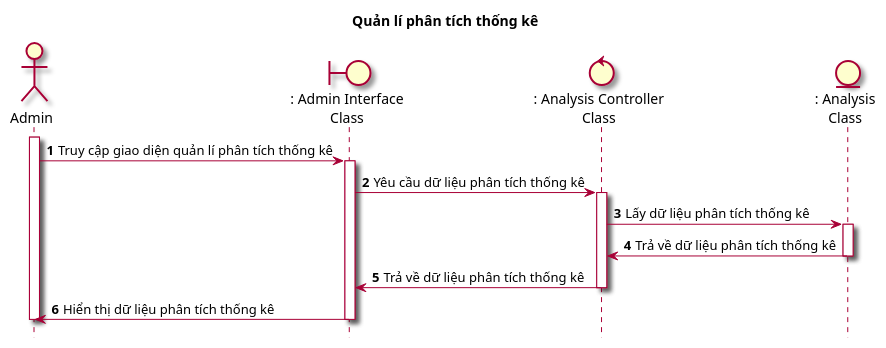
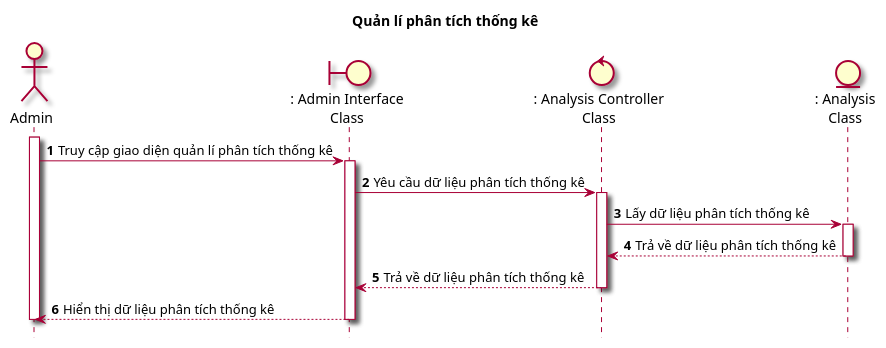
Before and after one commit to Griselda4774/EAS-EmploymentAssistanceSystem: the diagram in Lab1/Lab 1.2 Diagram/Sequence/FilePUML/14. SeqQuanLyPhanTichThongKe.puml, drawn with PlantUML. The commit also changed 40 other files, not shown here.

Commit message:
Change Sequence diagram

```diff
--- a/Lab1/Lab 1.2 Diagram/Sequence/FilePUML/14. SeqQuanLyPhanTichThongKe.puml
+++ b/Lab1/Lab 1.2 Diagram/Sequence/FilePUML/14. SeqQuanLyPhanTichThongKe.puml
@@ -1,22 +1,22 @@
 @startuml SeqQuanLyPhanTichThongKe
 
 skin rose
 hide footbox
 title Quản lí phân tích thống kê
 
 actor Admin as admin
 boundary ": Admin Interface\nClass" as adminInterface
 control ": Analysis Controller\nClass" as analysisController
 entity ": Analysis\nClass" as analysis
 
 autonumber
 admin++
 admin -> adminInterface++: Truy cập giao diện quản lí phân tích thống kê
 adminInterface -> analysisController++: Yêu cầu dữ liệu phân tích thống kê
 analysisController -> analysis++: Lấy dữ liệu phân tích thống kê
-analysis -> analysisController--: Trả về dữ liệu phân tích thống kê
-analysisController -> adminInterface--: Trả về dữ liệu phân tích thống kê
-adminInterface -> admin--: Hiển thị dữ liệu phân tích thống kê
+analysis --> analysisController--: Trả về dữ liệu phân tích thống kê
+analysisController --> adminInterface--: Trả về dữ liệu phân tích thống kê
+adminInterface --> admin--: Hiển thị dữ liệu phân tích thống kê
 admin--
 
 @enduml
```
